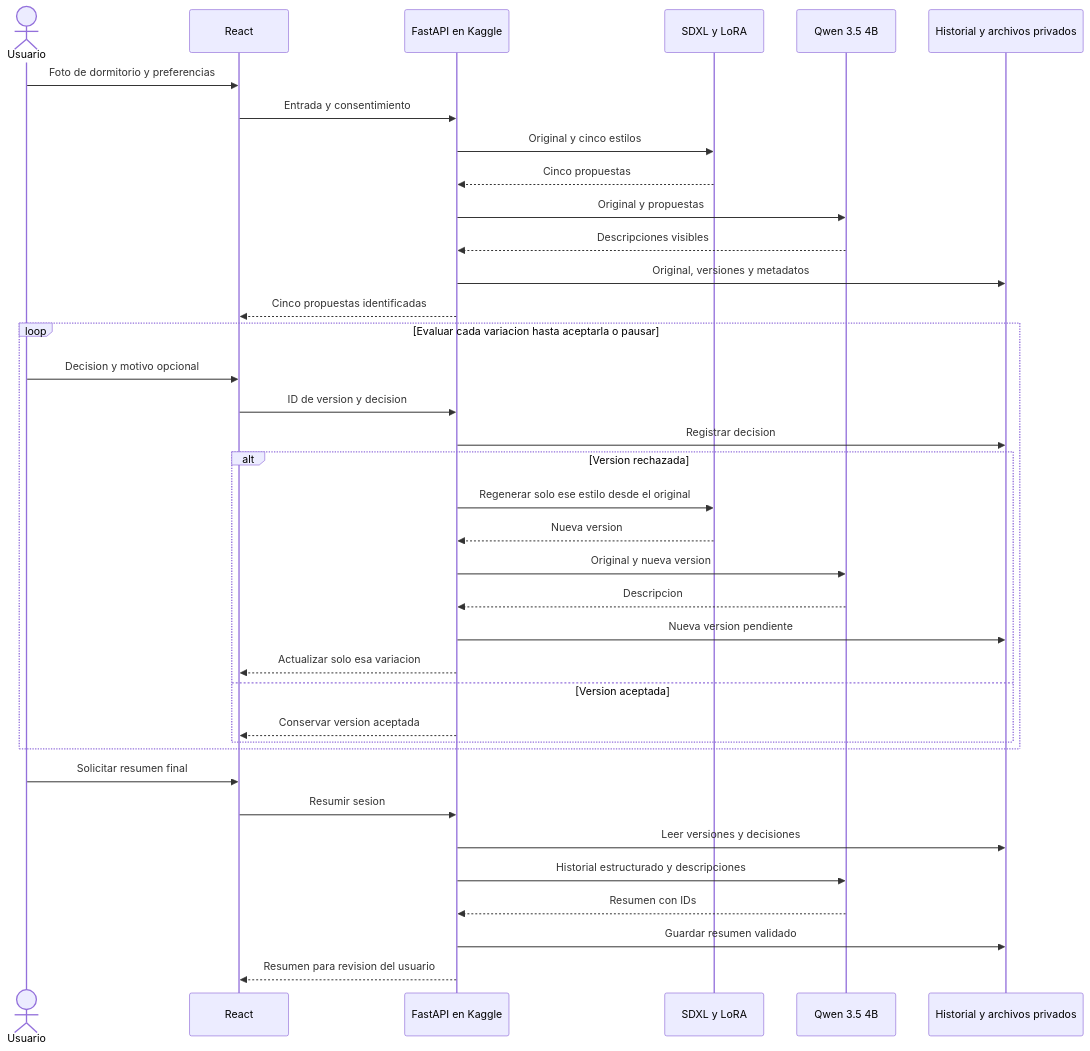
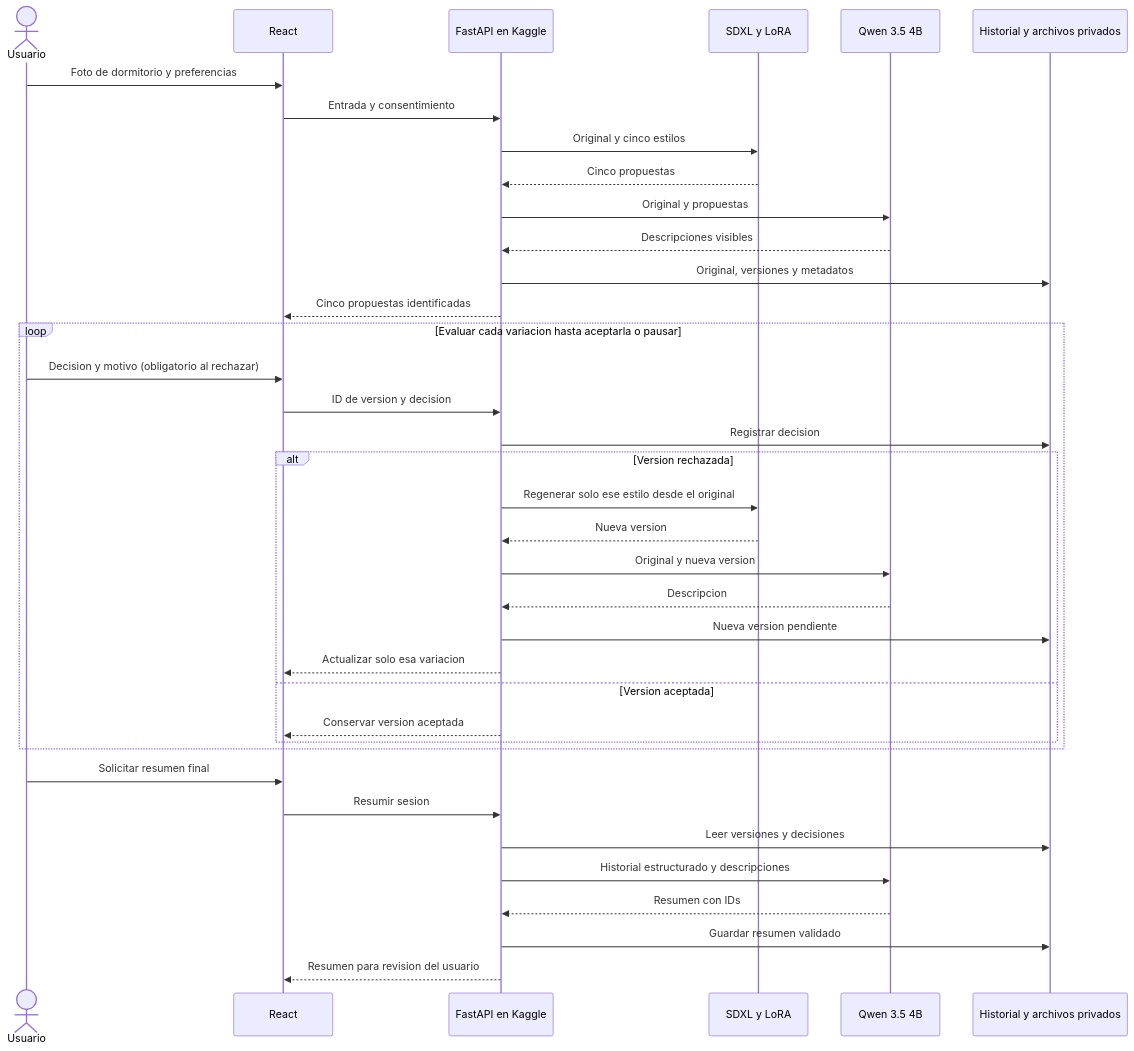
Before and after one commit to jeffreymonjacastro/ptdia-proyecto2: the diagram in blueprint/plan/diagramas/plan3-flujo.mmd, drawn with Mermaid. The commit also changed 6 other files, not shown here.

```diff
--- a/blueprint/plan/diagramas/plan3-flujo.mmd
+++ b/blueprint/plan/diagramas/plan3-flujo.mmd
@@ -1,37 +1,37 @@
 sequenceDiagram
     actor U as Usuario
     participant F as React
     participant A as FastAPI en Kaggle
     participant G as SDXL y LoRA
     participant M as Qwen 3.5 4B
     participant D as Historial y archivos privados
     U->>F: Foto de dormitorio y preferencias
     F->>A: Entrada y consentimiento
     A->>G: Original y cinco estilos
     G-->>A: Cinco propuestas
     A->>M: Original y propuestas
     M-->>A: Descripciones visibles
     A->>D: Original, versiones y metadatos
     A-->>F: Cinco propuestas identificadas
     loop Evaluar cada variacion hasta aceptarla o pausar
-        U->>F: Decision y motivo opcional
+        U->>F: Decision y motivo (obligatorio al rechazar)
         F->>A: ID de version y decision
         A->>D: Registrar decision
         alt Version rechazada
             A->>G: Regenerar solo ese estilo desde el original
             G-->>A: Nueva version
             A->>M: Original y nueva version
             M-->>A: Descripcion
             A->>D: Nueva version pendiente
             A-->>F: Actualizar solo esa variacion
         else Version aceptada
             A-->>F: Conservar version aceptada
         end
     end
     U->>F: Solicitar resumen final
     F->>A: Resumir sesion
     A->>D: Leer versiones y decisiones
     A->>M: Historial estructurado y descripciones
     M-->>A: Resumen con IDs
     A->>D: Guardar resumen validado
     A-->>F: Resumen para revision del usuario
```
